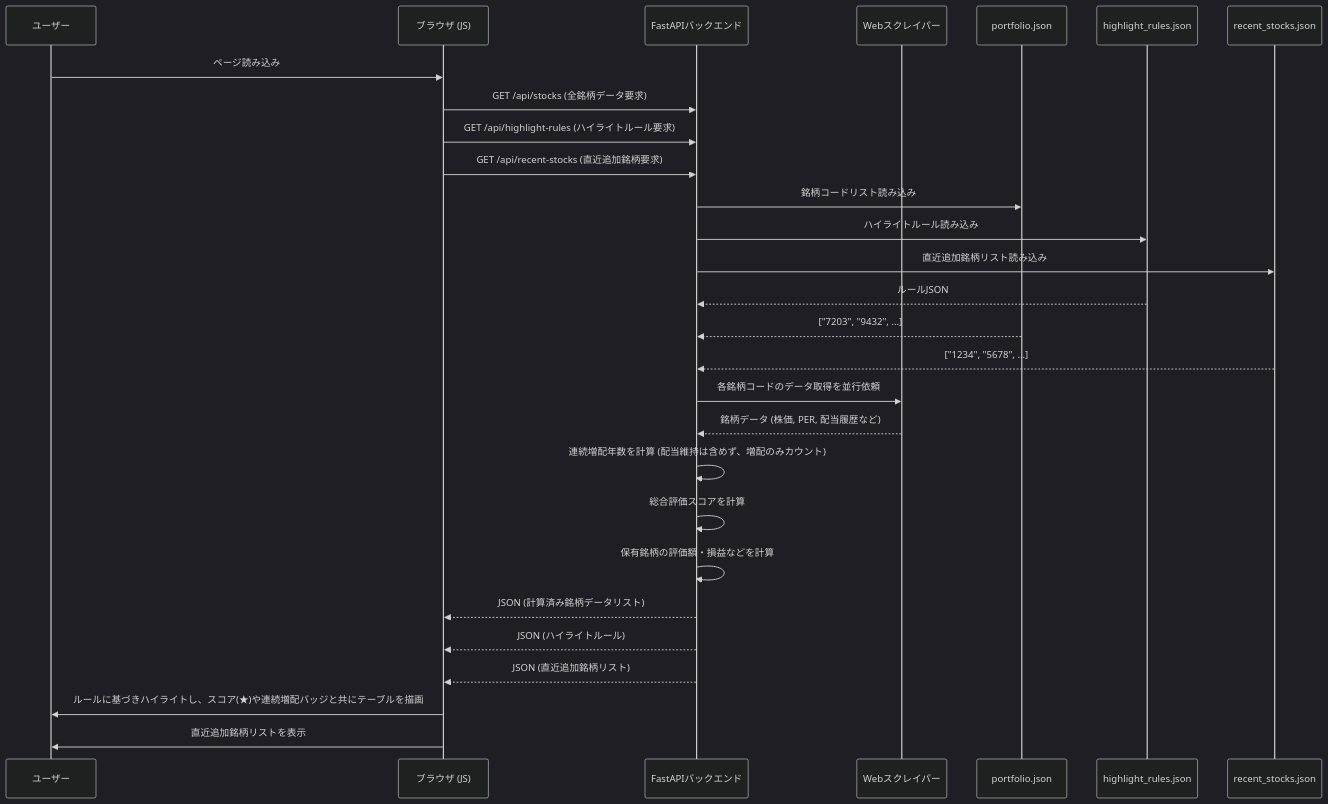
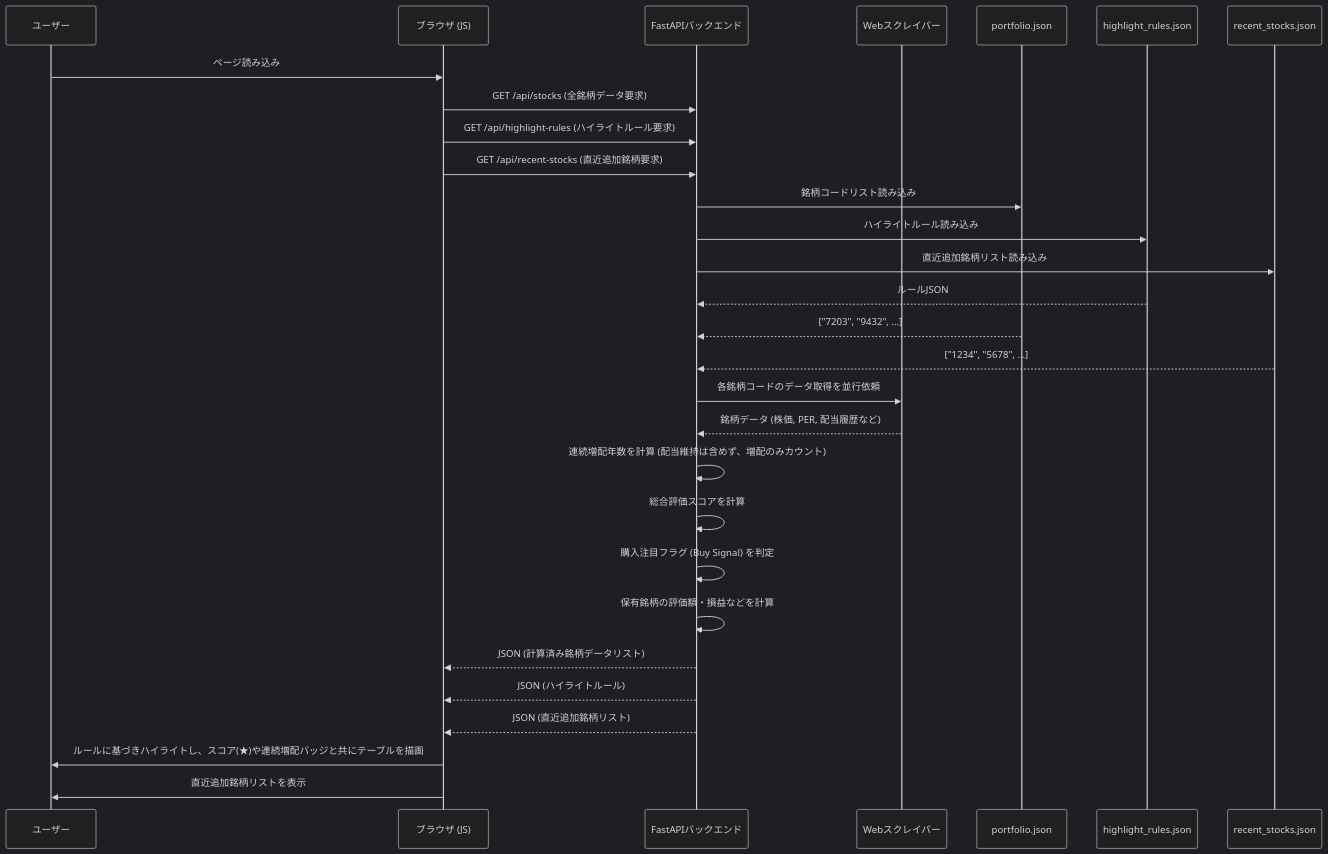
The first of 3 diagrams in README.md (ymkge/jp-stock-portfolio-app), drawn with Mermaid (dark theme) before and after one commit. The commit also changed other lines of this file, not shown here.

````diff
--- a/README.md
+++ b/README.md
@@ -165,35 +172,36 @@
 ```mermaid
 sequenceDiagram
     participant User as ユーザー
     participant Browser as ブラウザ (JS)
     participant API as FastAPIバックエンド
     participant Scraper as Webスクレイパー
     participant Portfolio as portfolio.json
     participant Rules as highlight_rules.json
     participant RecentStocks as recent_stocks.json
 
     User->>Browser: ページ読み込み
     Browser->>API: GET /api/stocks (全銘柄データ要求)
     Browser->>API: GET /api/highlight-rules (ハイライトルール要求)
     Browser->>API: GET /api/recent-stocks (直近追加銘柄要求)
     
     API->>Portfolio: 銘柄コードリスト読み込み
     API->>Rules: ハイライトルール読み込み
     API->>RecentStocks: 直近追加銘柄リスト読み込み
     Rules-->>API: ルールJSON
     Portfolio-->>API: ["7203", "9432", ...]
     RecentStocks-->>API: ["1234", "5678", ...]
     
     API->>Scraper: 各銘柄コードのデータ取得を並行依頼
     Scraper-->>API: 銘柄データ (株価, PER, 配当履歴など)
     
     API->>API: 連続増配年数を計算 (配当維持は含めず、増配のみカウント)
     API->>API: 総合評価スコアを計算
+    API->>API: 購入注目フラグ (Buy Signal) を判定
     API->>API: 保有銘柄の評価額・損益などを計算
     API-->>Browser: JSON (計算済み銘柄データリスト)
     API-->>Browser: JSON (ハイライトルール)
     API-->>Browser: JSON (直近追加銘柄リスト)
     
     Browser->>User: ルールに基づきハイライトし、スコア(★)や連続増配バッジと共にテーブルを描画
     Browser->>User: 直近追加銘柄リストを表示
 ```
````
